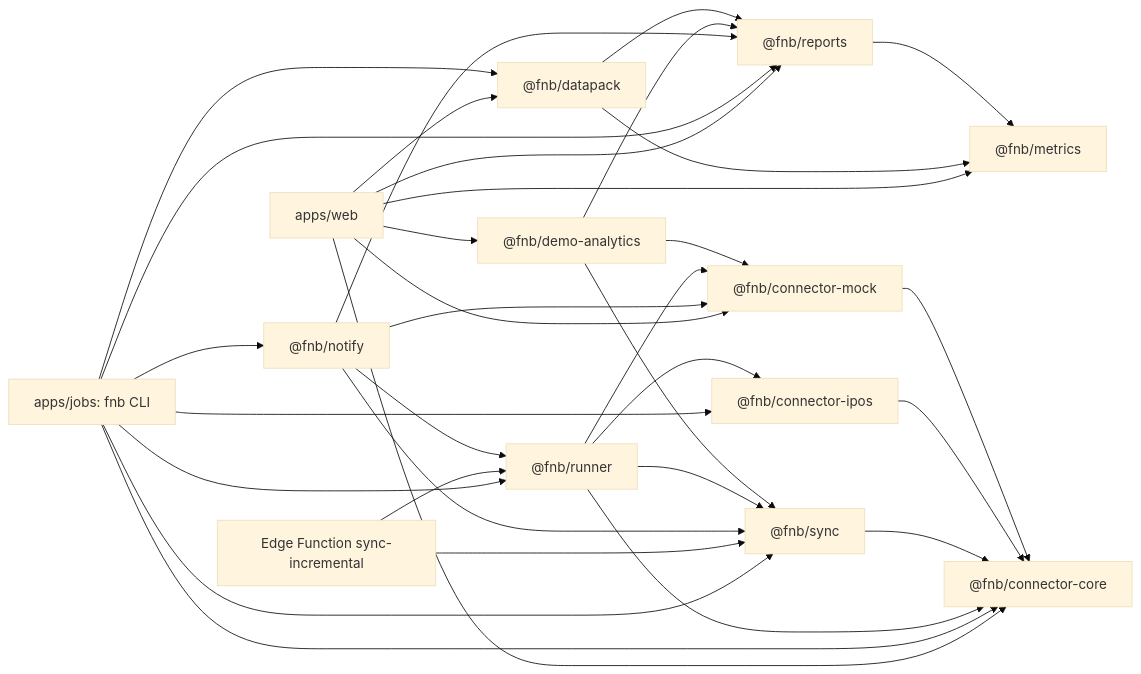
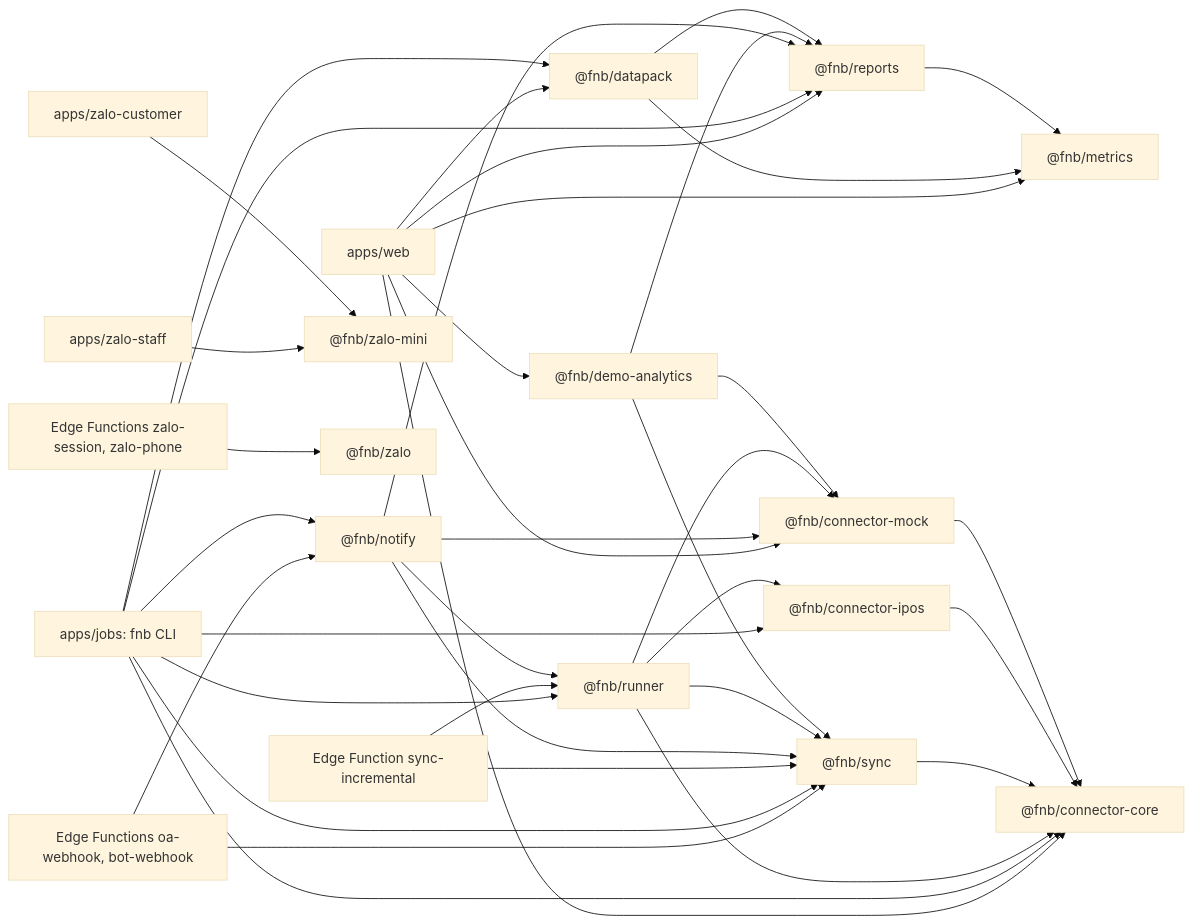
The diagram in docs/development.md (qa-io-vn/fnb-manager), drawn with Mermaid (base theme) before and after one commit. The commit also changed other lines of this file and 23 other files, not shown here.

````diff
--- a/docs/development.md
+++ b/docs/development.md
@@ -117,48 +128,59 @@
 ```mermaid
 flowchart LR
   web["apps/web"]
   jobs["apps/jobs: fnb CLI"]
   edge["Edge Function sync-incremental"]
   notify["@fnb/notify"]
   runner["@fnb/runner"]
   demo["@fnb/demo-analytics"]
   datapack["@fnb/datapack"]
   reports["@fnb/reports"]
   metrics["@fnb/metrics"]
   sync["@fnb/sync"]
   ipos["@fnb/connector-ipos"]
   mock["@fnb/connector-mock"]
   ccore["@fnb/connector-core"]
+  staff["apps/zalo-staff"]
+  customer["apps/zalo-customer"]
+  zmini["@fnb/zalo-mini"]
+  zfn["Edge Functions zalo-session, zalo-phone"]
+  zalo["@fnb/zalo"]
+  whk["Edge Functions oa-webhook, bot-webhook"]
+  staff --> zmini
+  customer --> zmini
+  zfn --> zalo
+  whk --> sync
+  whk --> notify
   web --> demo
   web --> datapack
   web --> reports
   web --> metrics
   web --> mock
   web --> ccore
   jobs --> datapack
   jobs --> notify
   jobs --> runner
   jobs --> reports
   jobs --> sync
   jobs --> ipos
   jobs --> ccore
   edge --> runner
   edge --> sync
   notify --> runner
   notify --> reports
   notify --> sync
   notify --> mock
   runner --> sync
   runner --> ipos
   runner --> mock
   runner --> ccore
   demo --> reports
   demo --> sync
   demo --> mock
   datapack --> reports
   datapack --> metrics
   reports --> metrics
   sync --> ccore
   ipos --> ccore
   mock --> ccore
 ```
````
